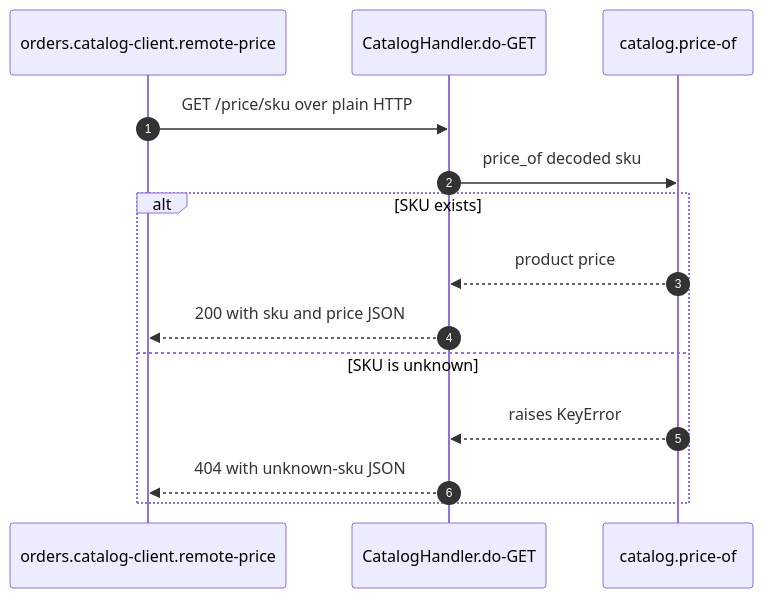
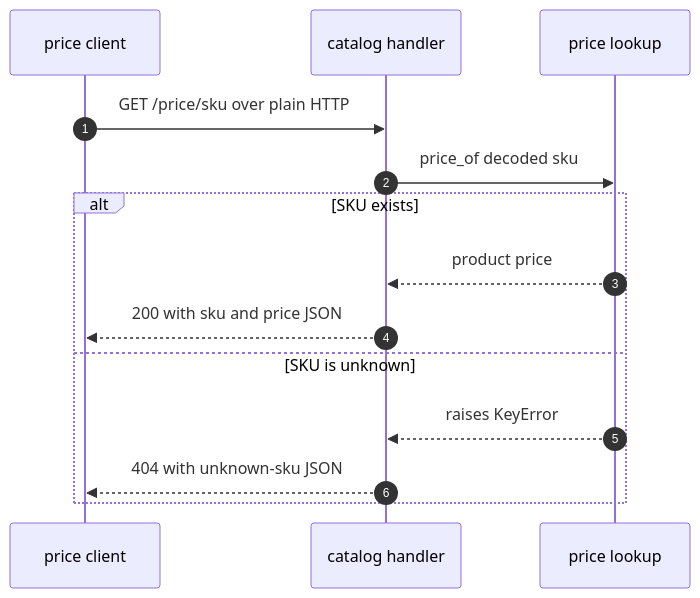
One commit to vishalc412/bible-mode-b-test changed the second of 2 diagrams in codebase-analysis/lld/api/catalog/catalog.md. Above: the diagram before and after it, drawn with Mermaid. The commit also changed other lines of this file and 41 other files, not shown here.

````diff
--- a/codebase-analysis/lld/api/catalog/catalog.md
+++ b/codebase-analysis/lld/api/catalog/catalog.md
@@ -91,16 +90,16 @@
 ```mermaid
 sequenceDiagram
   autonumber
-  participant Client as orders.catalog-client.remote-price
-  participant Handler as CatalogHandler.do-GET
-  participant Price as catalog.price-of
+  participant Client as price client
+  participant Handler as catalog handler
+  participant Price as price lookup
   Client->>Handler: GET /price/sku over plain HTTP
   Handler->>Price: price_of decoded sku
   alt SKU exists
     Price-->>Handler: product price
     Handler-->>Client: 200 with sku and price JSON
   else SKU is unknown
     Price-->>Handler: raises KeyError
     Handler-->>Client: 404 with unknown-sku JSON
   end
 ```
````
